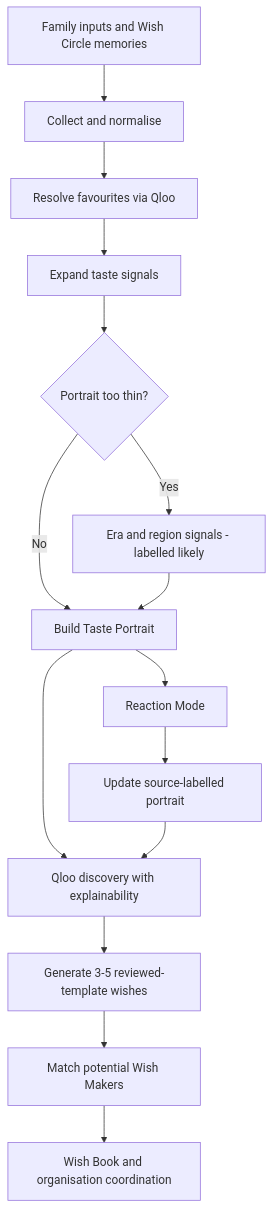
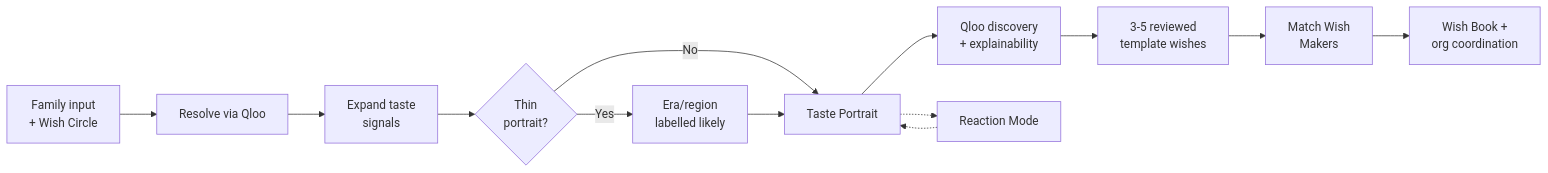
One commit to alizahh-7/Genie changed the first of 2 diagrams in README.md. Above: the diagram before and after it, drawn with Mermaid. The commit also changed other lines of this file, not shown here.

````diff
--- a/README.md
+++ b/README.md
@@ -52,17 +85,15 @@
 ```mermaid
-flowchart TD
-    A[Family inputs and Wish Circle memories] --> B[Collect and normalise]
-    B --> C[Resolve favourites via Qloo]
-    C --> D[Expand taste signals]
-    D --> E{Portrait too thin?}
-    E -->|Yes| F[Era and region signals - labelled likely]
-    E -->|No| G[Build Taste Portrait]
-    F --> G
-    G --> H[Qloo discovery with explainability]
-    H --> I[Generate 3-5 reviewed-template wishes]
-    I --> J[Match potential Wish Makers]
-    J --> K[Wish Book and organisation coordination]
-    G --> L[Reaction Mode]
-    L --> M[Update source-labelled portrait]
-    M --> H
+flowchart LR
+    A[Family input<br/>+ Wish Circle] --> B[Resolve via Qloo]
+    B --> C[Expand taste<br/>signals]
+    C --> D{Thin<br/>portrait?}
+    D -->|Yes| E[Era/region<br/>labelled likely]
+    D -->|No| F[Taste Portrait]
+    E --> F
+    F --> G[Qloo discovery<br/>+ explainability]
+    G --> H[3-5 reviewed<br/>template wishes]
+    H --> I[Match Wish<br/>Makers]
+    I --> J[Wish Book +<br/>org coordination]
+    F -.-> K[Reaction Mode]
+    K -.-> F
 ```
````
